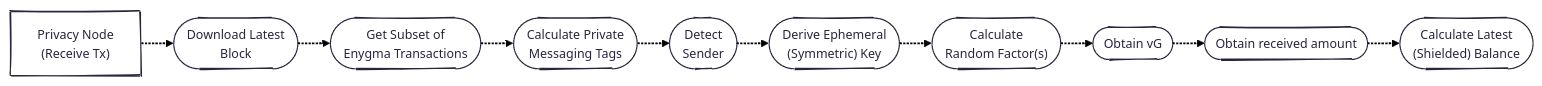
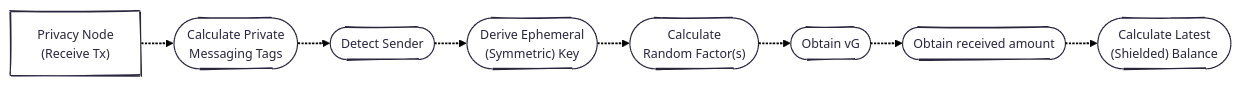
One commit to raylsnetwork/Enygma changed the seventh of 9 diagrams in enygma_payments/protocol_description.md. Above: the diagram before and after it, drawn with Mermaid. The commit also changed other lines of this file, not shown here.

````diff
--- a/enygma_payments/protocol_description.md
+++ b/enygma_payments/protocol_description.md
@@ -280,25 +296,23 @@
 ```mermaid
 ---
 config:
   theme: redux
   layout: elk
   look: handDrawn
 ---
 flowchart LR
 
     %% PL (Receive)
     pl_receive["Privacy Node<br>(Receive Tx)"]
-    getblock_receive(["Download Latest<br>Block"])
-    get_anon_set(["Get Subset of<br>Enygma Transactions"])
     calc_tags(["Calculate Private<br>Messaging Tags"])
-    detect_sender(["Detect<br>Sender"])
+    detect_sender(["Detect Sender"])
     derivereceivekey(["Derive Ephemeral<br>(Symmetric) Key"])
     calc_r(["Calculate<br>Random Factor(s)"])
     obtain_vG(["Obtain vG"])
     obtain_v(["Obtain received amount"])
     calc_c(["Calculate Latest<br>(Shielded) Balance"])
 
 
-    pl_receive -.-> getblock_receive -.-> get_anon_set -.->  calc_tags -.-> detect_sender -.-> derivereceivekey -.-> calc_r -.-> obtain_vG -.-> obtain_v -.-> calc_c
+    pl_receive -.-> calc_tags -.-> detect_sender -.-> derivereceivekey -.-> calc_r -.-> obtain_vG -.-> obtain_v -.-> calc_c
 
 ```
````
